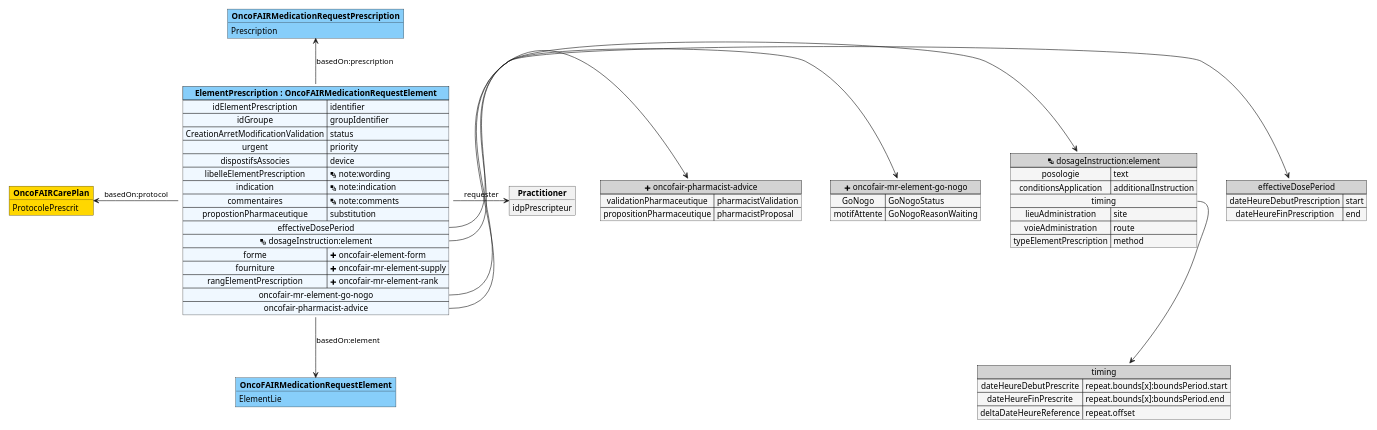
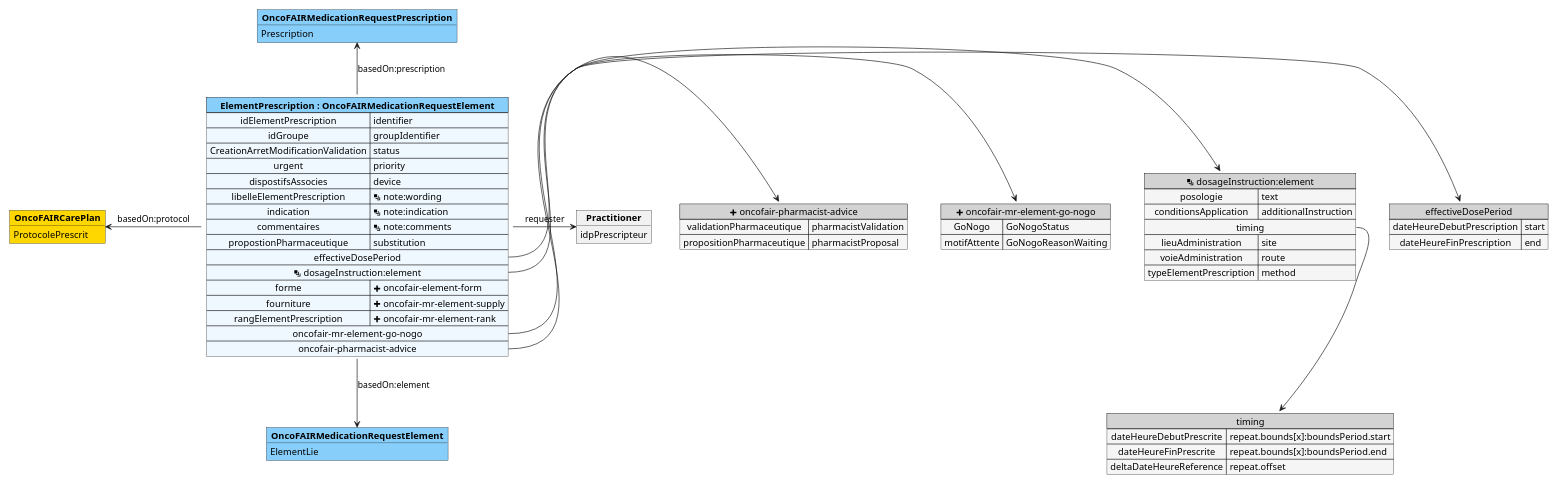
The diagram in input/images-source/OncoFAIRMedicationRequestElement.plantuml (ONCOFAIR/FHIR-ImplementationGuide-Article), drawn with PlantUML before and after one commit. The commit also changed 9 other files, not shown here.

```diff
--- a/input/images-source/OncoFAIRMedicationRequestElement.plantuml
+++ b/input/images-source/OncoFAIRMedicationRequestElement.plantuml
@@ -1,74 +1,74 @@
 @startuml
 
-scale 1500 width
+scale 1700 width
 map "timing" as timing #back:WhiteSmoke;header:LightGray {
     dateHeureDebutPrescrite => repeat.bounds[x]:boundsPeriod.start
     dateHeureFinPrescrite => repeat.bounds[x]:boundsPeriod.end
     deltaDateHeureReference => repeat.offset
 }
 
 map "effectiveDosePeriod" as effectiveDosePeriod #back:WhiteSmoke;header:LightGray {
     dateHeureDebutPrescription => start
     dateHeureFinPrescription => end
 }
 
 map "<&layers> dosageInstruction:element" as dosageInstructionelement #back:WhiteSmoke;header:LightGray {
     posologie => text
     conditionsApplication => additionalInstruction
     timing *--> timing
     lieuAdministration => site
     voieAdministration => route
     typeElementPrescription => method
 }
 
 object "**OncoFAIRMedicationRequestPrescription**" as OncoFAIRMedicationRequestPrescription #LightSkyBlue {
     Prescription
 }
 
 object "**OncoFAIRMedicationRequestElement**" as OncoFAIRMedicationRequestElement #LightSkyBlue {
     ElementLie
 }
 
 object "**OncoFAIRCarePlan**" as OncoFAIRCarePlan #Gold {
     ProtocolePrescrit
 }
 
 object "**Practitioner**" as Practitioner {
     idpPrescripteur
 }
 
 map "<&plus> oncofair-mr-element-go-nogo" as oncofairmrelementgonogo #back:WhiteSmoke;header:LightGray {
     GoNogo => GoNogoStatus
     motifAttente => GoNogoReasonWaiting
 }
 
 map "<&plus> oncofair-pharmacist-advice" as oncofairpharmacistadvice #back:WhiteSmoke;header:LightGray {
     validationPharmaceutique => pharmacistValidation
     propositionPharmaceutique => pharmacistProposal
 }
 
 map "**ElementPrescription : OncoFAIRMedicationRequestElement**" as ElementPrescription #back:AliceBlue;header:LightSkyBlue {
     idElementPrescription => identifier
     idGroupe => groupIdentifier
     CreationArretModificationValidation => status
     urgent => priority
     dispostifsAssocies => device
     libelleElementPrescription => <&layers> note:wording
     indication => <&layers> note:indication
     commentaires => <&layers> note:comments
     propostionPharmaceutique => substitution
     effectiveDosePeriod *-> effectiveDosePeriod
     <&layers> dosageInstruction:element *-> dosageInstructionelement
     forme => <&plus> oncofair-element-form
     fourniture => <&plus> oncofair-mr-element-supply
     rangElementPrescription => <&plus> oncofair-mr-element-rank
     oncofair-mr-element-go-nogo *-> oncofairmrelementgonogo
     oncofair-pharmacist-advice *-> oncofairpharmacistadvice
 }
 
 ElementPrescription -u-> OncoFAIRMedicationRequestPrescription : basedOn:prescription
 ElementPrescription -d-> OncoFAIRMedicationRequestElement : basedOn:element
 ElementPrescription -l-> OncoFAIRCarePlan : basedOn:protocol
 ElementPrescription -r-> Practitioner : requester
 
 @enduml
```
